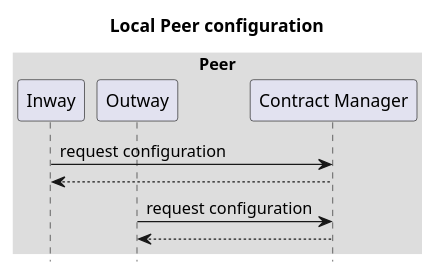
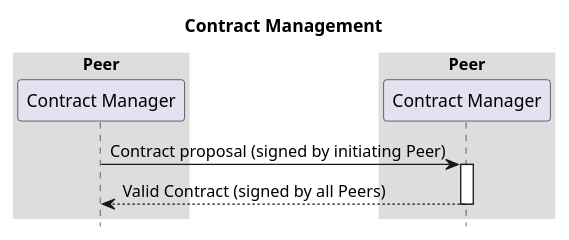
Before and after one commit to Logius-standaarden/fsc-core: the fourth of 5 diagrams in draft-fsc-core-00.md, drawn with PlantUML. The commit also changed other lines of this file, not shown here.

Commit message:
architecture - trust anchor and content manager

```diff
--- a/draft-fsc-core-00.md
+++ b/draft-fsc-core-00.md
@@ -278,21 +248,16 @@
 @startuml
+title: Contract Management
 
-title: Local Peer configuration
+box "Peer"
+  participant "Contract Manager" as cm1
+end box
+box "Peer"
+  participant "Contract Manager" as cm2
+end box
+cm1 -> cm2 ++ : Contract proposal (signed by initiating Peer)
+return Valid Contract (signed by all Peers)
 
 skinparam sequenceBoxBorderColor #transparent
 skinparam boxPadding 50
 hide footbox
-
-box "Peer"
-participant "Inway" as inway
-participant "Outway" as outway
-participant "Contract Manager" as manager
-end box
-
-inway -> manager : request configuration
-return
-
-outway -> manager : request configuration
-return
-
 @enduml
```
